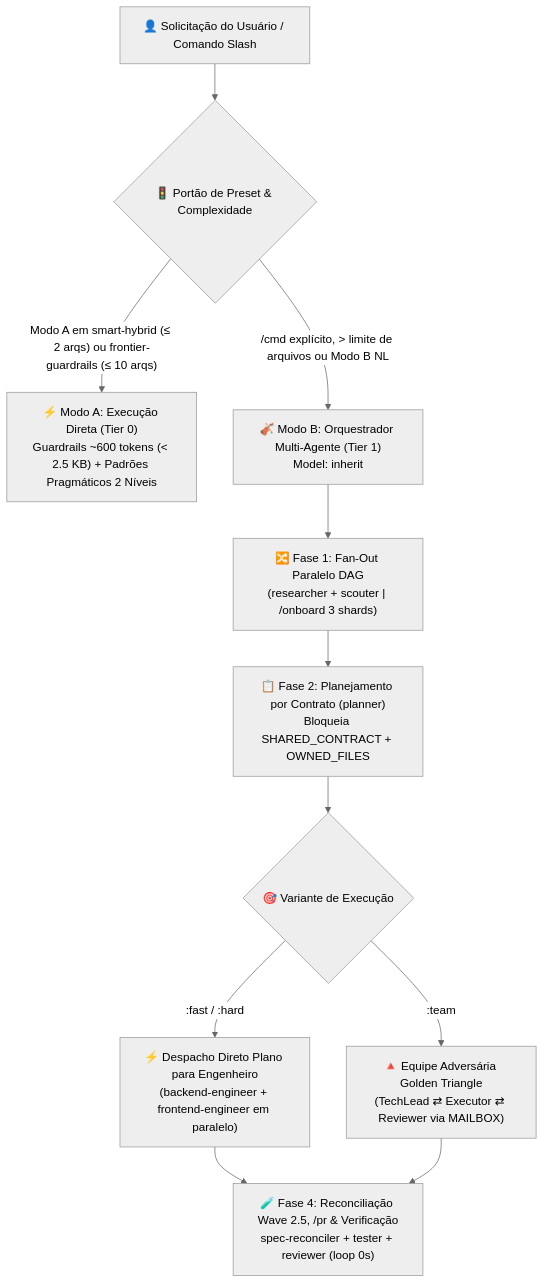
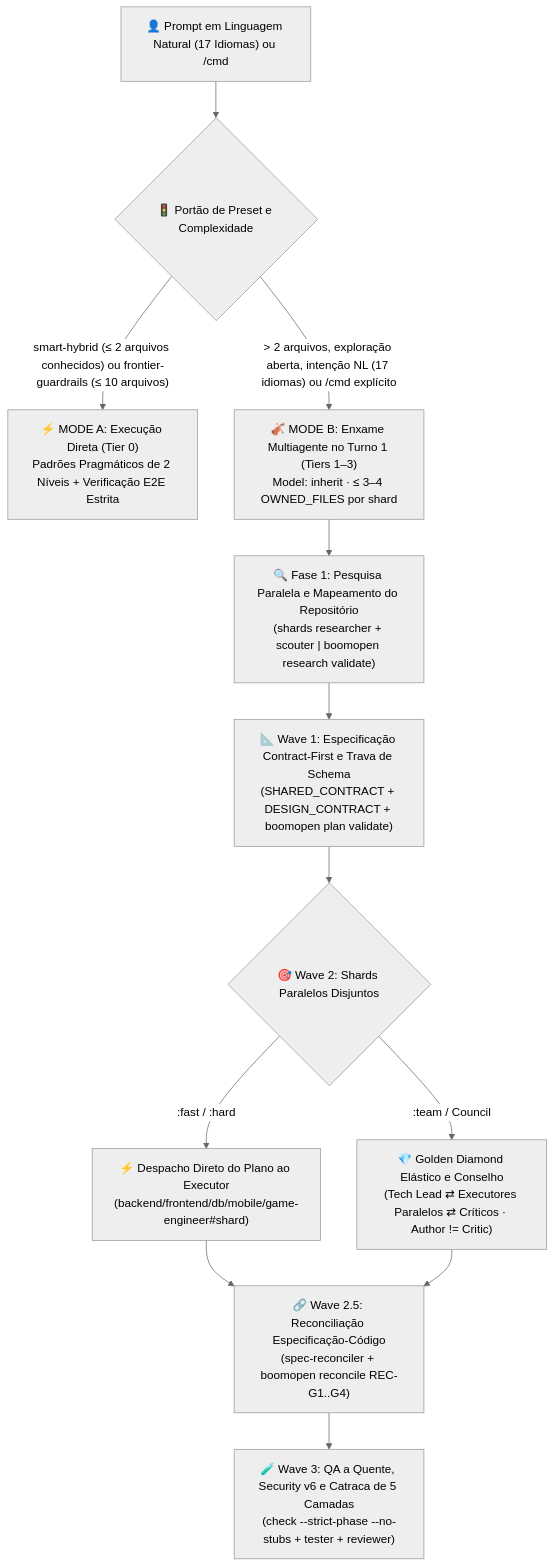
Before and after one commit to Kennyboom/BoomOpen-Workflow-Kit-Pro: the diagram in i18n/README.pt-BR.md, drawn with Mermaid (neutral theme). The commit also changed other lines of this file and 21 other files, not shown here.

````diff
--- a/i18n/README.pt-BR.md
+++ b/i18n/README.pt-BR.md
@@ -60,16 +94,17 @@
 ```mermaid
 flowchart TD
-    User["👤 Solicitação do Usuário / Comando Slash"] --> Gate{"🚦 Portão de Preset & Complexidade"}
-    Gate -->|"Modo A em smart-hybrid (≤ 2 arqs) ou frontier-guardrails (≤ 10 arqs)"| ModeA["⚡ Modo A: Execução Direta (Tier 0)<br/>Guardrails ~600 tokens (< 2.5 KB) + Padrões Pragmáticos 2 Níveis"]
-    Gate -->|"/cmd explícito, > limite de arquivos ou Modo B NL"| ModeB["🎻 Modo B: Orquestrador Multi-Agente (Tier 1)<br/>Model: inherit"]
+    User["👤 Prompt em Linguagem Natural (17 Idiomas) ou /cmd"] --> Gate{"🚦 Portão de Preset e Complexidade"}
+    Gate -->|"smart-hybrid (≤ 2 arquivos conhecidos) ou frontier-guardrails (≤ 10 arquivos)"| ModeA["⚡ MODE A: Execução Direta (Tier 0)<br/>Padrões Pragmáticos de 2 Níveis + Verificação E2E Estrita"]
+    Gate -->|"> 2 arquivos, exploração aberta, intenção NL (17 idiomas) ou /cmd explícito"| ModeB["🎻 MODE B: Enxame Multiagente no Turno 1 (Tiers 1–3)<br/>Model: inherit · ≤ 3–4 OWNED_FILES por shard"]
 
-    ModeB --> FanOut["🔀 Fase 1: Fan-Out Paralelo DAG<br/>(researcher + scouter | /onboard 3 shards)"]
-    FanOut --> Plan["📋 Fase 2: Planejamento por Contrato (planner)<br/>Bloqueia SHARED_CONTRACT + OWNED_FILES"]
-    Plan --> Dispatch{"🎯 Variante de Execução"}
+    ModeB --> Wave0["🔍 Fase 1: Pesquisa Paralela e Mapeamento do Repositório<br/>(shards researcher + scouter | boomopen research validate)"]
+    Wave0 --> Wave1["📐 Wave 1: Especificação Contract-First e Trava de Schema<br/>(SHARED_CONTRACT + DESIGN_CONTRACT + boomopen plan validate)"]
+    Wave1 --> Wave2{"🎯 Wave 2: Shards Paralelos Disjuntos"}
 
-    Dispatch -->|":fast / :hard"| Direct["⚡ Despacho Direto Plano para Engenheiro<br/>(backend-engineer + frontend-engineer em paralelo)"]
-    Dispatch -->|":team"| Triangle["🔺 Equipe Adversária Golden Triangle<br/>(TechLead ⇄ Executor ⇄ Reviewer via MAILBOX)"]
+    Wave2 -->|":fast / :hard"| Direct["⚡ Despacho Direto do Plano ao Executor<br/>(backend/frontend/db/mobile/game-engineer#shard)"]
+    Wave2 -->|":team / Council"| Diamond["💎 Golden Diamond Elástico e Conselho<br/>(Tech Lead ⇄ Executores Paralelos ⇄ Críticos · Author != Critic)"]
 
-    Direct --> Verify["🧪 Fase 4: Reconciliação Wave 2.5, /pr & Verificação<br/>spec-reconciler + tester + reviewer (loop 0s)"]
-    Triangle --> Verify
+    Direct --> Wave25["🔗 Wave 2.5: Reconciliação Especificação-Código<br/>(spec-reconciler + boomopen reconcile REC-G1..G4)"]
+    Diamond --> Wave25
+    Wave25 --> Wave3["🧪 Wave 3: QA a Quente, Security v6 e Catraca de 5 Camadas<br/>(check --strict-phase --no-stubs + tester + reviewer)"]
 ```
````
